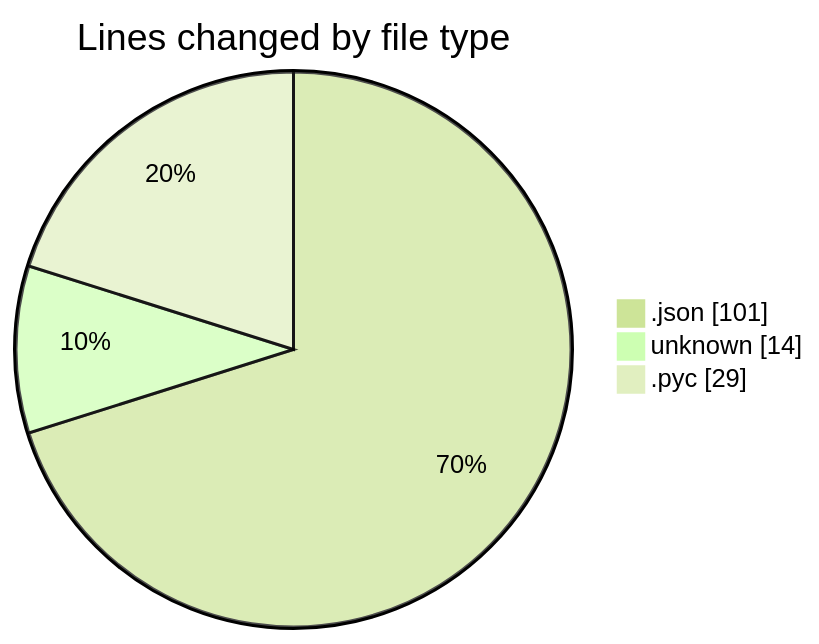
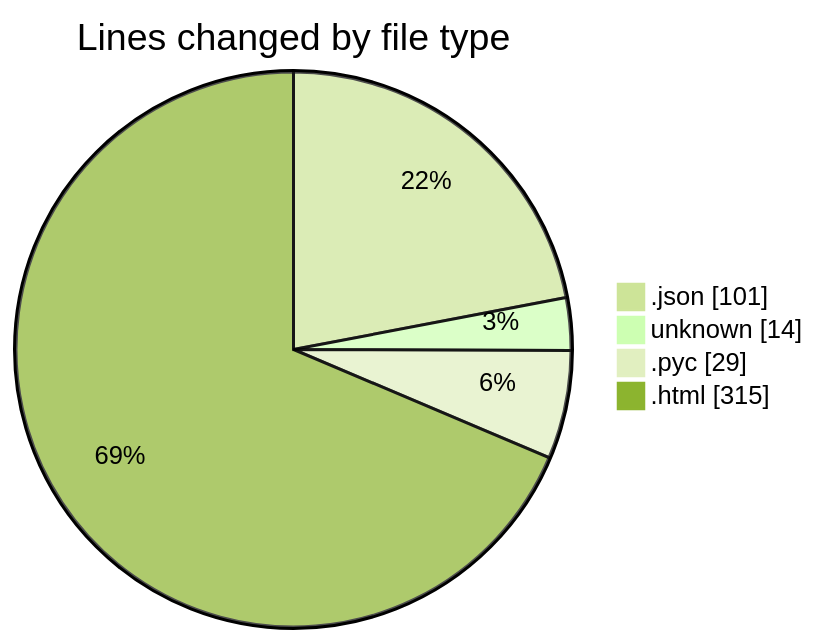
Before and after one commit to Elitesun/code-tracking: the first of 2 diagrams in 2025-04-23/heypy/README.md, drawn with Mermaid (forest theme). The commit also changed other lines of this file and 1 other file, not shown here.

````diff
--- a/2025-04-23/heypy/README.md
+++ b/2025-04-23/heypy/README.md
@@ -22,7 +23,8 @@
 ```mermaid
 pie showData
 title Lines changed by file type
 ".json" : 101
 "unknown" : 14
 ".pyc" : 29
+".html" : 315
 ```
````
